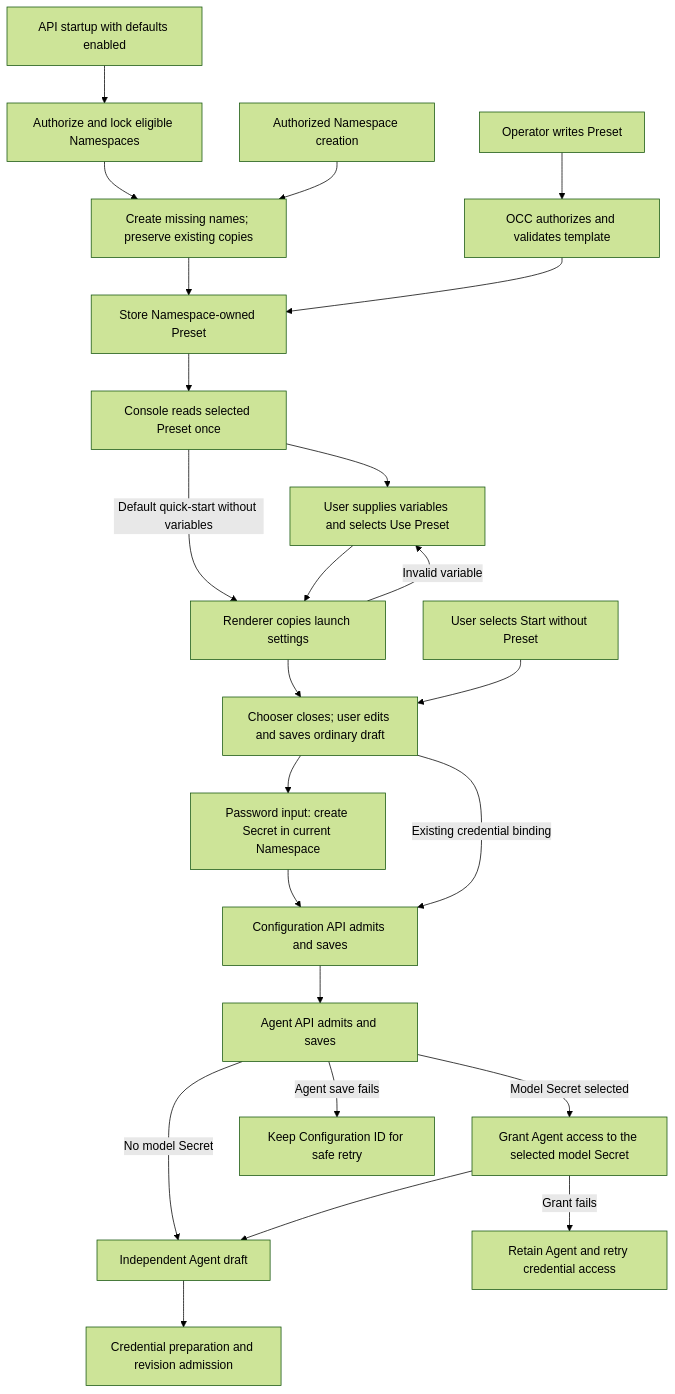
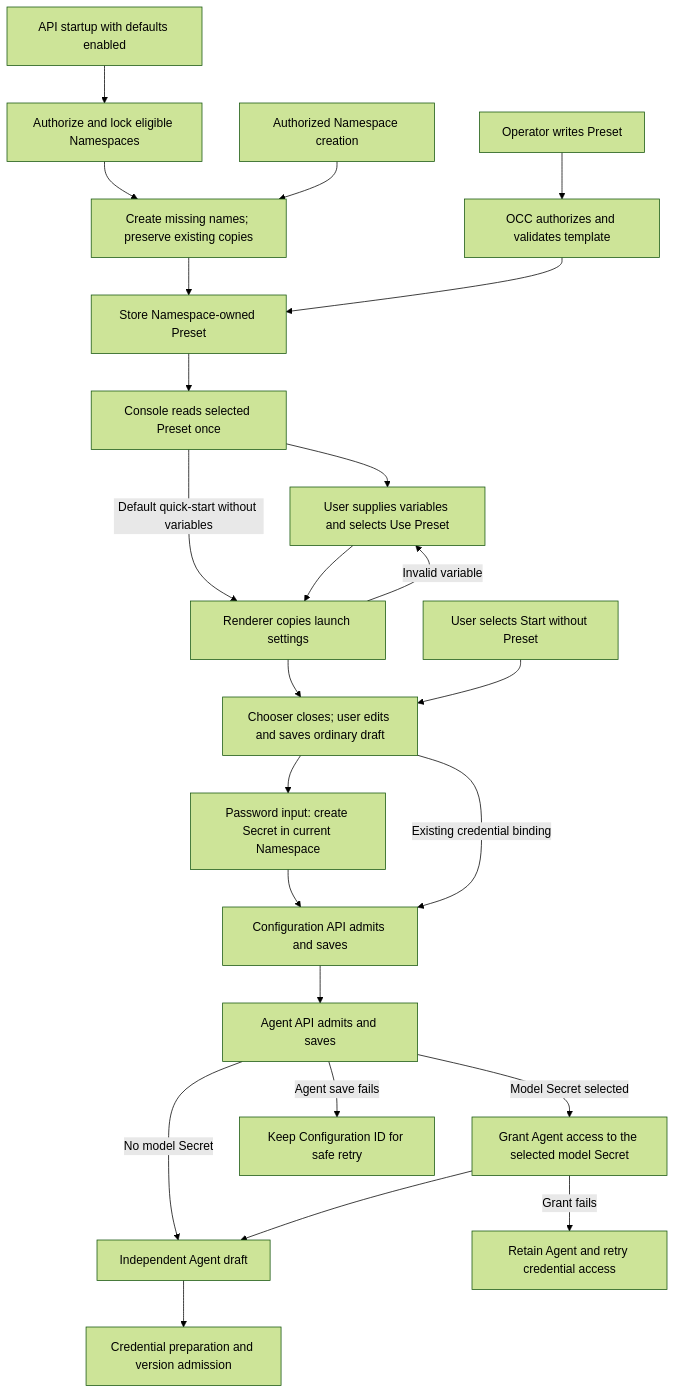
One commit to openclaw/openclaw-enterprise changed the diagram in docs/flows/agent-presets.md. Above: the diagram before and after it, drawn with Mermaid (forest theme). The commit also changed other lines of this file and 198 other files, not shown here.

````diff
--- a/docs/flows/agent-presets.md
+++ b/docs/flows/agent-presets.md
@@ -35,26 +35,26 @@
 ```mermaid
 graph TD
   S0["API startup with defaults enabled"] --> S1["Authorize and lock eligible Namespaces"]
   S1 --> S2["Create missing names; preserve existing copies"]
   S2 --> C
   N["Authorized Namespace creation"] --> S2
   A["Operator writes Preset"] --> B["OCC authorizes and validates template"]
   B --> C["Store Namespace-owned Preset"]
   C --> D["Console reads selected Preset once"]
   D --> E["User supplies variables and selects Use Preset"]
   D -->|Default quick-start without variables| F
   E --> F["Renderer copies launch settings"]
   F --> G["Chooser closes; user edits and saves ordinary draft"]
   U["User selects Start without Preset"] --> G
   G --> S["Password input: create Secret in current Namespace"]
   S --> H["Configuration API admits and saves"]
   G -->|Existing credential binding| H
   H --> I["Agent API admits and saves"]
   I -->|Model Secret selected| O["Grant Agent access to the selected model Secret"]
   I -->|No model Secret| J
   O --> J["Independent Agent draft"]
   O -->|Grant fails| R["Retain Agent and retry credential access"]
   F -->|Invalid variable| E
   I -->|Agent save fails| K["Keep Configuration ID for safe retry"]
-  J --> L["Credential preparation and revision admission"]
+  J --> L["Credential preparation and version admission"]
 ```
````
